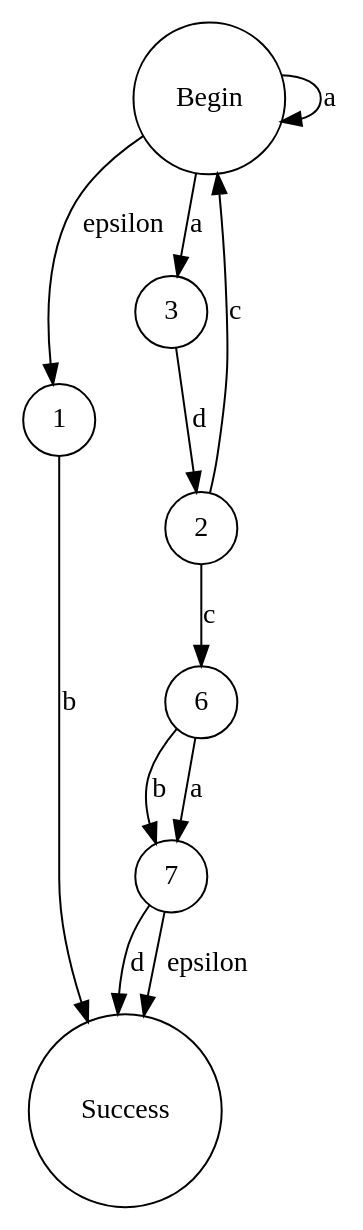
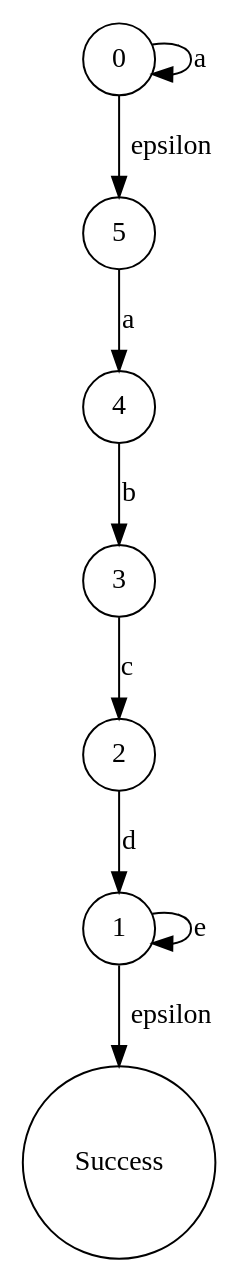
The diagram in MyRegEngine/bin/Debug/netcoreapp3.1/TestCase9.dot (ayanamists/MyRegEngine), drawn with Graphviz before and after one commit. The commit also changed 55 other files, not shown here.

```diff
--- a/MyRegEngine/bin/Debug/netcoreapp3.1/TestCase9.dot
+++ b/MyRegEngine/bin/Debug/netcoreapp3.1/TestCase9.dot
@@ -1,1 +1,1 @@
-digraph TestCase9 { 0 [shape=circle,label="Begin"]; 1 [shape=circle,label="1"]; 2 [shape=circle,label="2"]; 3 [shape=circle,label="3"]; 6 [shape=circle,label="6"]; 7 [shape=circle,label="7"]; 8 [shape=circle,label="Success"]; 0 -> 0[label="a"]; 0 -> 1[label="epsilon"]; 1 -> 8[label="b"]; 2 -> 0[label="c"]; 2 -> 6[label="c"]; 3 -> 2[label="d"]; 0 -> 3[label="a"]; 6 -> 7[label="b"]; 6 -> 7[label="a"]; 7 -> 8[label="d"]; 7 -> 8[label="epsilon"]; }
+digraph TestCase9 { 0 [shape=circle,label="0"]; 1 [shape=circle,label="1"]; 2 [shape=circle,label="2"]; 3 [shape=circle,label="3"]; 4 [shape=circle,label="4"]; 5 [shape=circle,label="5"]; 6 [shape=circle,label="Success"]; 0 -> 0[label="a"]; 0 -> 5[label="epsilon"]; 1 -> 1[label="e"]; 1 -> 6[label="epsilon"]; 2 -> 1[label="d"]; 3 -> 2[label="c"]; 4 -> 3[label="b"]; 5 -> 4[label="a"]; }
```
